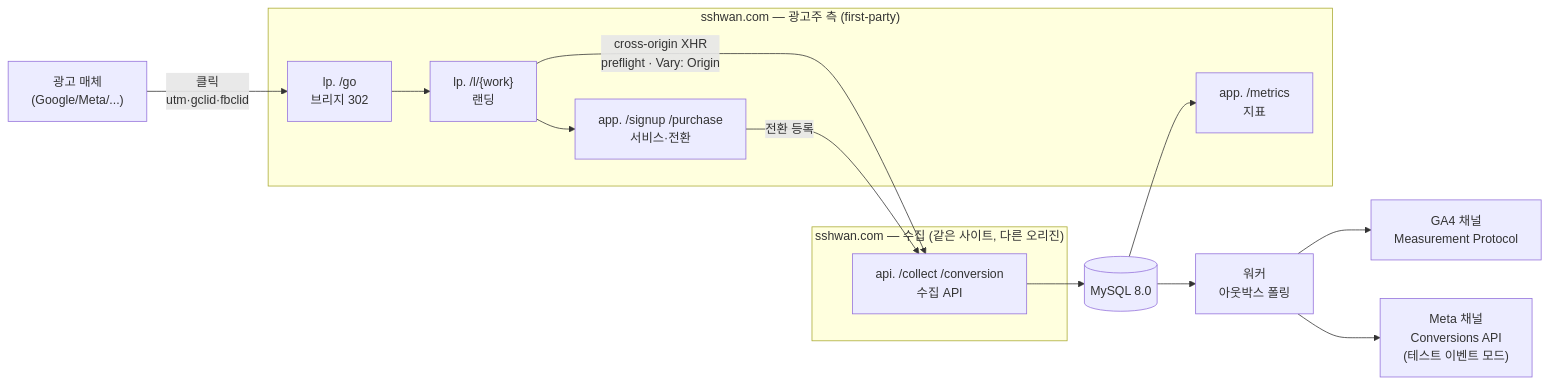
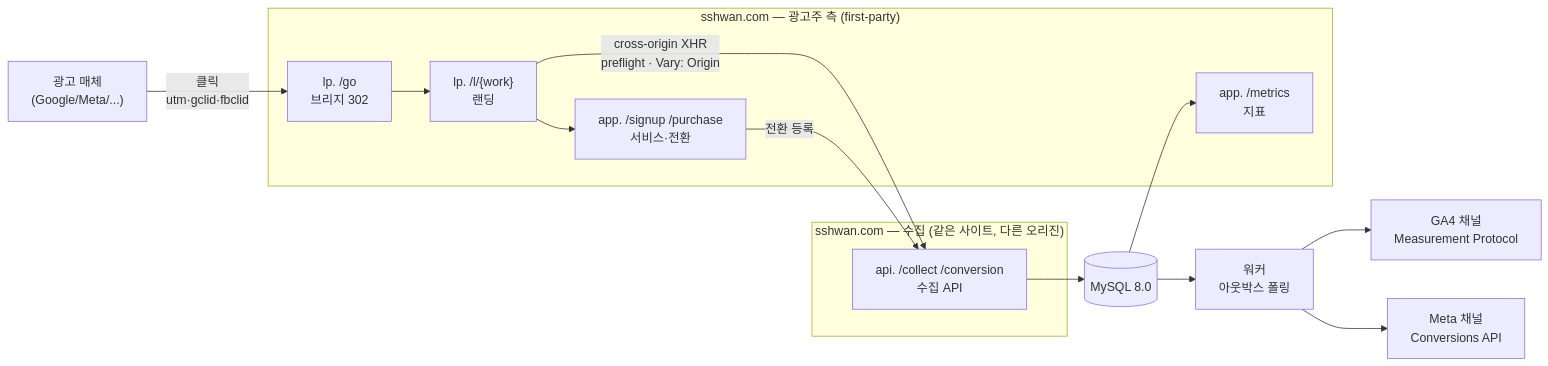
The first of 5 diagrams in docs/architecture.md (http1220/touchpoint), drawn with Mermaid before and after one commit. The commit also changed 3 other files, not shown here.

Commit message:
Meta 운영 전송 전환 — 테스트 이벤트 코드 제거 (문서 반영)

````diff
--- a/docs/architecture.md
+++ b/docs/architecture.md
@@ -10,25 +10,25 @@
 ```mermaid
 flowchart LR
     AD["광고 매체<br/>(Google/Meta/...)"] -->|"클릭<br/>utm·gclid·fbclid"| BR
 
     subgraph SHOP["sshwan.com — 광고주 측 (first-party)"]
         BR["lp. /go<br/>브리지 302"]
         LP["lp. /l/{work}<br/>랜딩"]
         APP["app. /signup /purchase<br/>서비스·전환"]
         MET["app. /metrics<br/>지표"]
     end
 
     subgraph TRACK["sshwan.com — 수집 (같은 사이트, 다른 오리진)"]
         API["api. /collect /conversion<br/>수집 API"]
     end
 
     BR --> LP
     LP -->|"cross-origin XHR<br/>preflight · Vary: Origin"| API
     LP --> APP
     APP -->|"전환 등록"| API
     API --> DB[("MySQL 8.0")]
     DB --> W["워커<br/>아웃박스 폴링"]
     W --> GA["GA4 채널<br/>Measurement Protocol"]
-    W --> META["Meta 채널<br/>Conversions API<br/>(테스트 이벤트 모드)"]
+    W --> META["Meta 채널<br/>Conversions API"]
     DB --> MET
 ```
````
